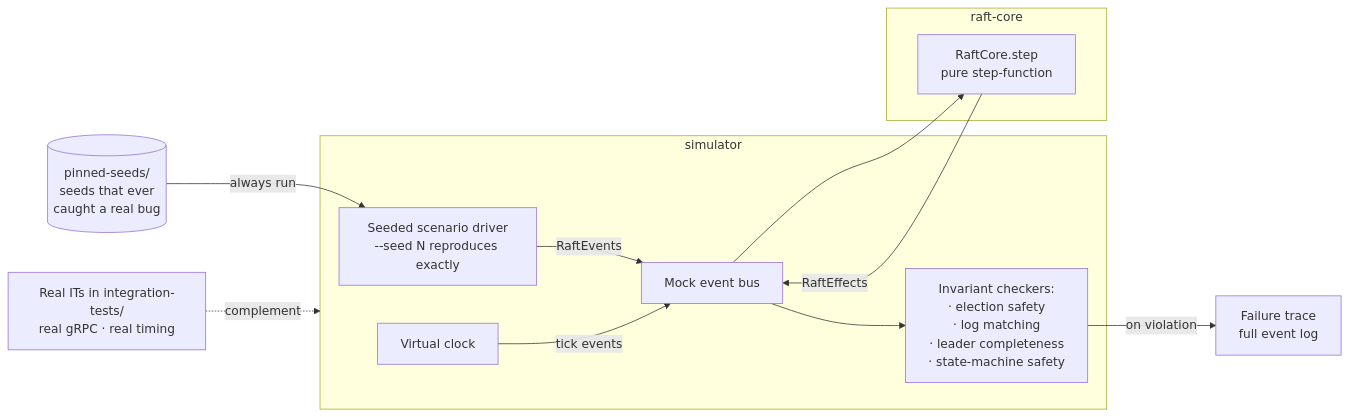
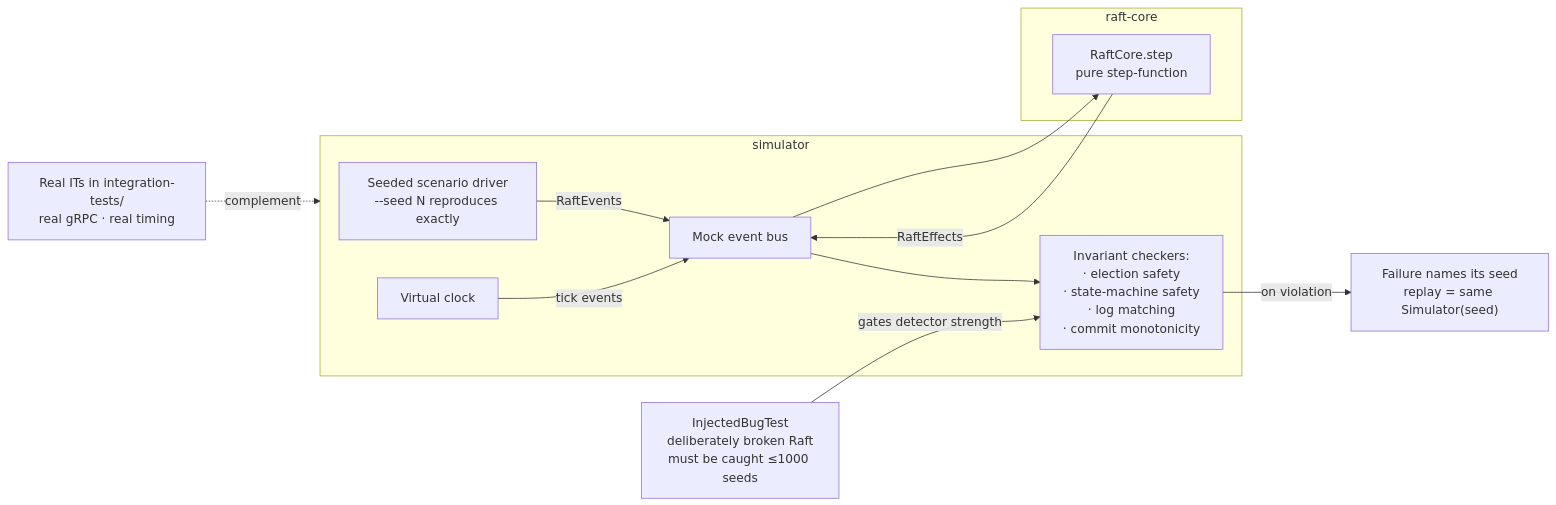
One commit to jeremainecheong/j-broker changed the diagram in simulator/README.md. Above: the diagram before and after it, drawn with Mermaid. The commit also changed other lines of this file, not shown here.

First line of the commit message:
docs(simulator): real invariant set, real replay mechanism, no phantom seed archive

````diff
--- a/simulator/README.md
+++ b/simulator/README.md
@@ -7,25 +7,25 @@
 ```mermaid
 flowchart LR
     subgraph Sim[simulator]
         Driver[Seeded scenario driver<br/>--seed N reproduces exactly]
         Bus[Mock event bus]
         Clock[Virtual clock]
-        Inv[Invariant checkers:<br/>· election safety<br/>· log matching<br/>· leader completeness<br/>· state-machine safety]
+        Inv[Invariant checkers:<br/>· election safety<br/>· state-machine safety<br/>· log matching<br/>· commit monotonicity]
     end
 
     subgraph Core[raft-core]
         RC[RaftCore.step<br/>pure step-function]
     end
 
-    Pinned[(pinned-seeds/<br/>seeds that ever<br/>caught a real bug)]
+    Injected[InjectedBugTest<br/>deliberately broken Raft<br/>must be caught ≤1000 seeds]
 
     Driver -->|RaftEvents| Bus
     Bus --> RC
     RC -->|RaftEffects| Bus
     Clock -->|tick events| Bus
     Bus --> Inv
-    Inv -->|on violation| Trace[Failure trace<br/>full event log]
-    Pinned -->|always run| Driver
+    Inv -->|on violation| Trace[Failure names its seed<br/>replay = same Simulator&lpar;seed&rpar;]
+    Injected -->|gates detector strength| Inv
 
     Real[Real ITs in integration-tests/<br/>real gRPC · real timing] -.complement.-> Sim
 ```
````
